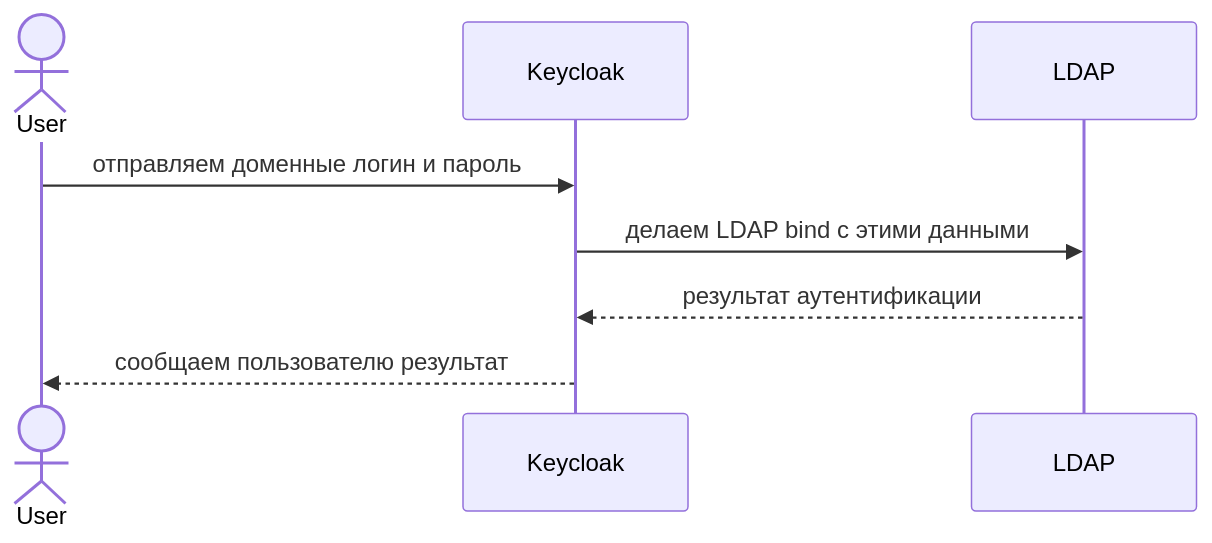
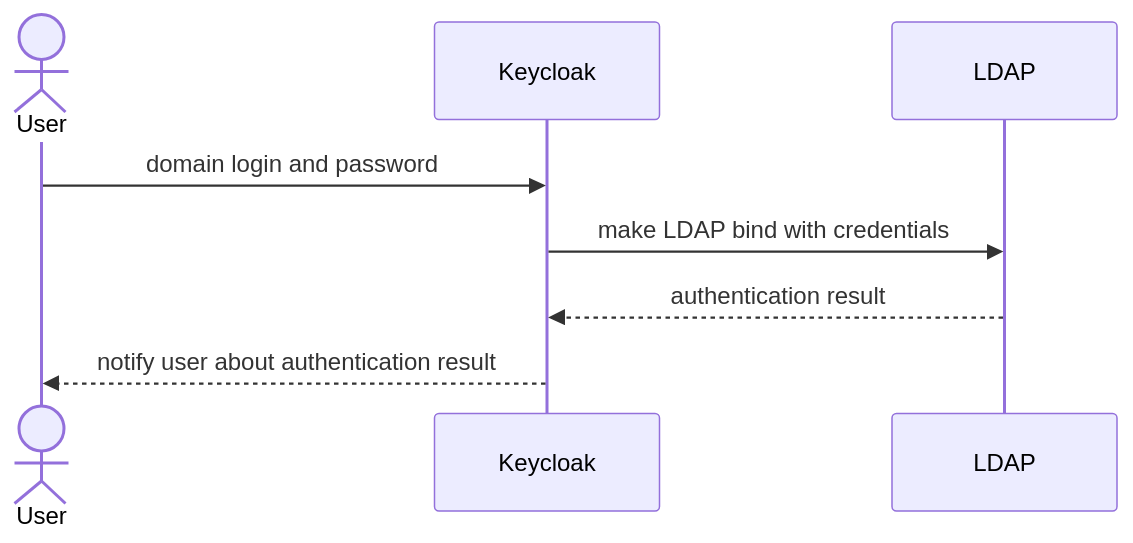
Before and after one commit to ondator/ondator.github.io: the diagram in _posts/2025-04-11-authn-ldap.md, drawn with Mermaid. The commit also changed 1 other file, not shown here.

Commit message:
ldap from img to mermaid

````diff
--- a/_posts/2025-04-11-authn-ldap.md
+++ b/_posts/2025-04-11-authn-ldap.md
@@ -94,11 +94,11 @@
 ```mermaid
 sequenceDiagram
 actor c as User
 participant k as Keycloak
 participant l as LDAP
 
-c ->>  k: отправляем доменные логин и пароль
-k ->> l: делаем LDAP bind с этими данными
-l -->>  k: результат аутентификации
-k -->> c: сообщаем пользователю результат
+c ->>  k: domain login and password
+k ->> l: make LDAP bind with credentials
+l -->>  k: authentication result
+k -->> c: notify user about authentication result
 ```
````
